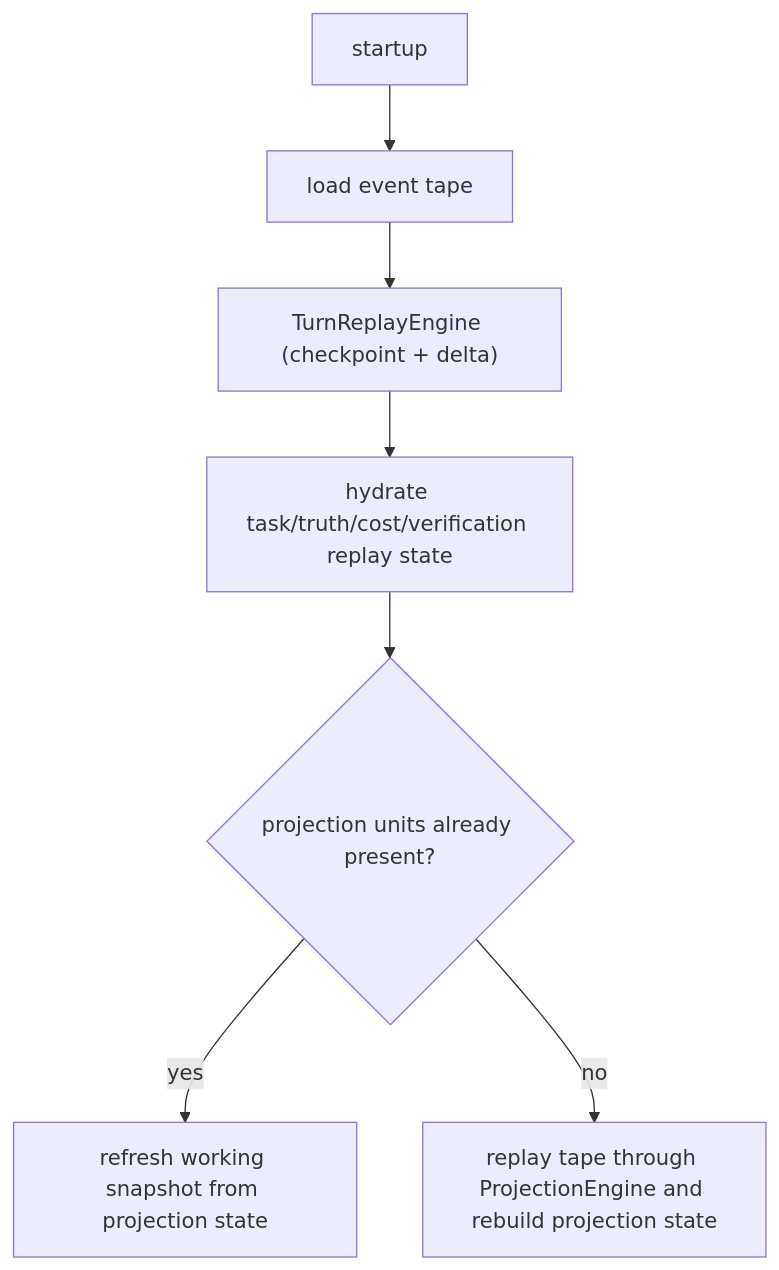
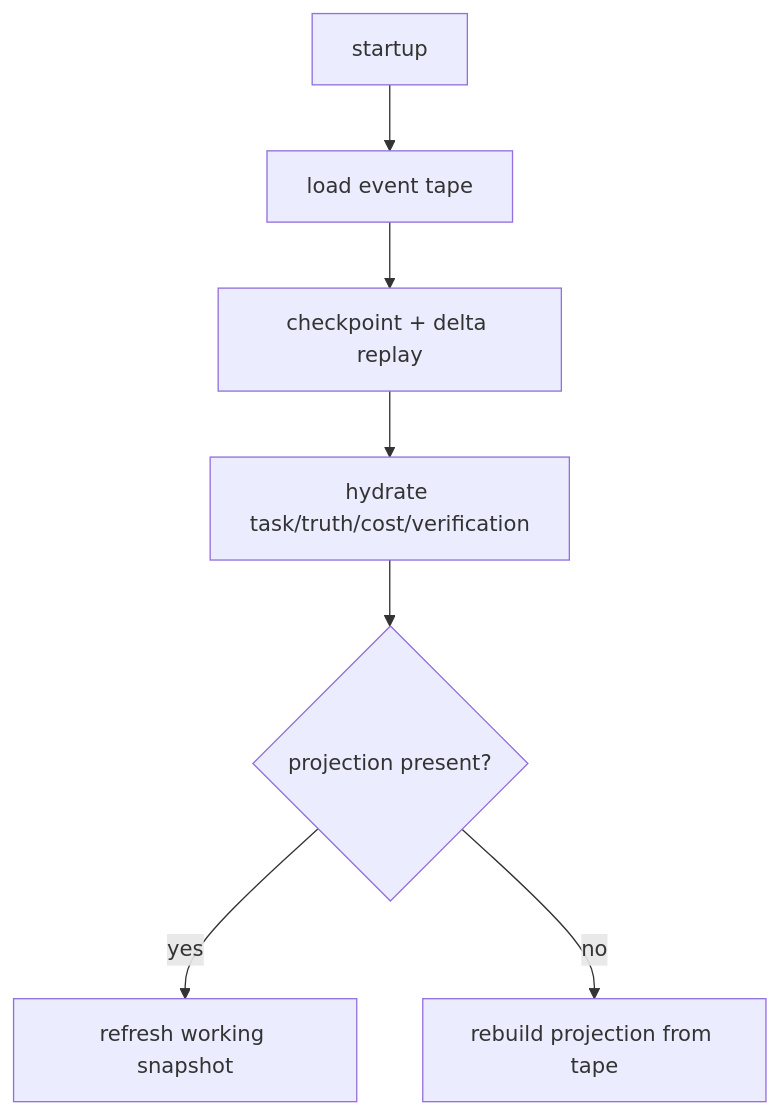
Before and after one commit to arcthur/brewva: the fourth of 5 diagrams in docs/architecture/control-and-data-flow.md, drawn with Mermaid. The commit also changed other lines of this file and 173 other files, not shown here.

First line of the commit message:
docs: restructure documentation architecture

````diff
--- a/docs/architecture/control-and-data-flow.md
+++ b/docs/architecture/control-and-data-flow.md
@@ -166,9 +55,9 @@
 ```mermaid
 flowchart TD
   A["startup"] --> B["load event tape"]
-  B --> C["TurnReplayEngine (checkpoint + delta)"]
-  C --> D["hydrate task/truth/cost/verification replay state"]
-  D --> E{"projection units already present?"}
-  E -->|yes| F["refresh working snapshot from projection state"]
-  E -->|no| G["replay tape through ProjectionEngine and rebuild projection state"]
+  B --> C["checkpoint + delta replay"]
+  C --> D["hydrate task/truth/cost/verification"]
+  D --> E{"projection present?"}
+  E -->|yes| F["refresh working snapshot"]
+  E -->|no| G["rebuild projection from tape"]
 ```
````
